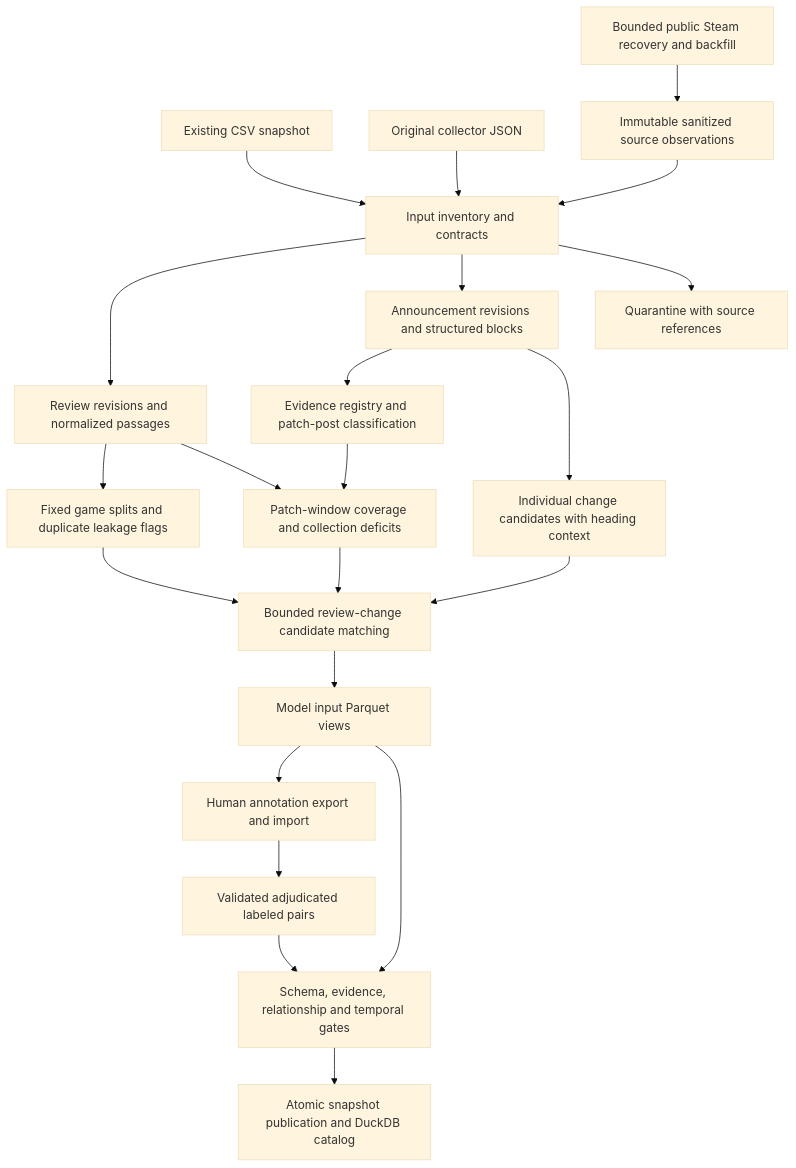
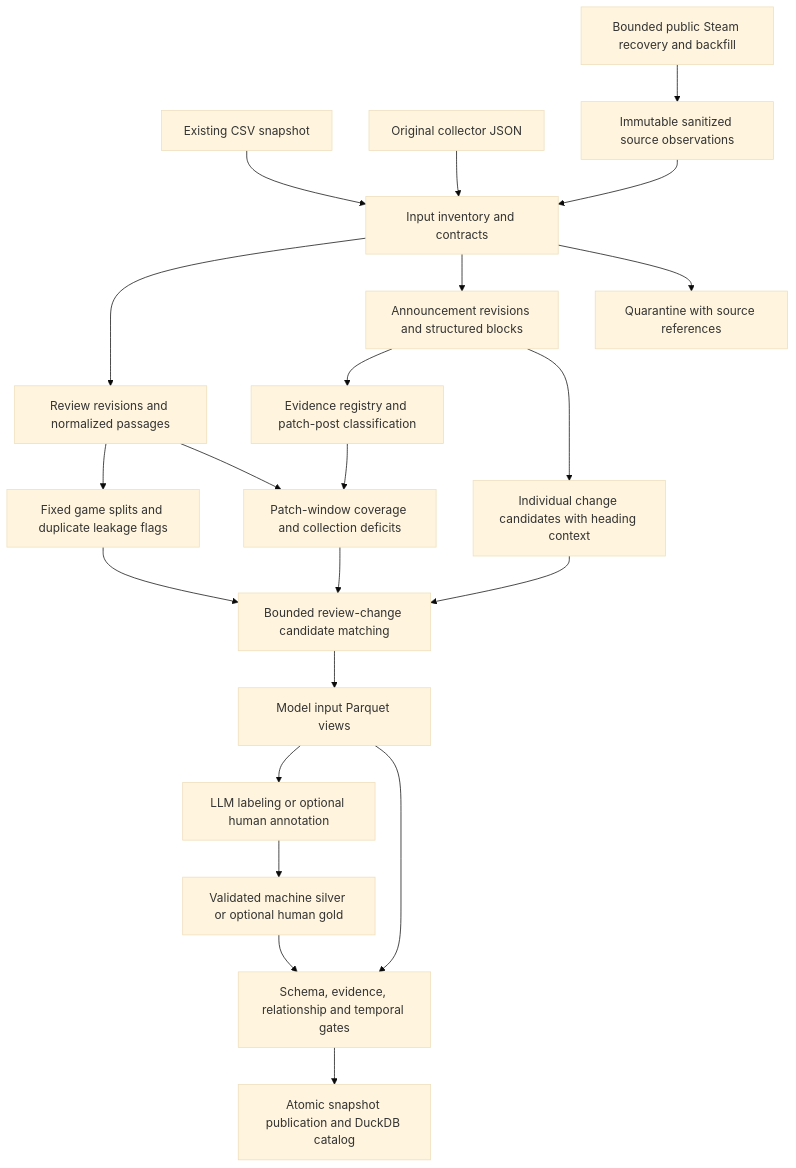
Before and after one commit to SpLasty/Game-review: the diagram in docs/data_pipeline.md, drawn with Mermaid (base theme). The commit also changed other lines of this file and 32 other files, not shown here.

Commit message:
feat: add LLM-only evidence-backed annotation jobs and silver datasets

````diff
--- a/docs/data_pipeline.md
+++ b/docs/data_pipeline.md
@@ -26,24 +28,24 @@
 ```mermaid
 flowchart TD
     A[Existing CSV snapshot] --> C[Input inventory and contracts]
     B[Original collector JSON] --> C
     N[Bounded public Steam recovery and backfill] --> R[Immutable sanitized source observations]
     R --> C
     C --> V[Review revisions and normalized passages]
     C --> D[Announcement revisions and structured blocks]
     C --> Q[Quarantine with source references]
     D --> E[Evidence registry and patch-post classification]
     D --> H[Individual change candidates with heading context]
     V --> S[Fixed game splits and duplicate leakage flags]
     E --> W[Patch-window coverage and collection deficits]
     V --> W
     S --> P[Bounded review-change candidate matching]
     H --> P
     W --> P
     P --> M[Model input Parquet views]
-    M --> U[Human annotation export and import]
-    U --> L[Validated adjudicated labeled pairs]
+    M --> U[LLM labeling or optional human annotation]
+    U --> L[Validated machine silver or optional human gold]
     M --> G[Schema, evidence, relationship and temporal gates]
     L --> G
     G --> O[Atomic snapshot publication and DuckDB catalog]
 ```
````
